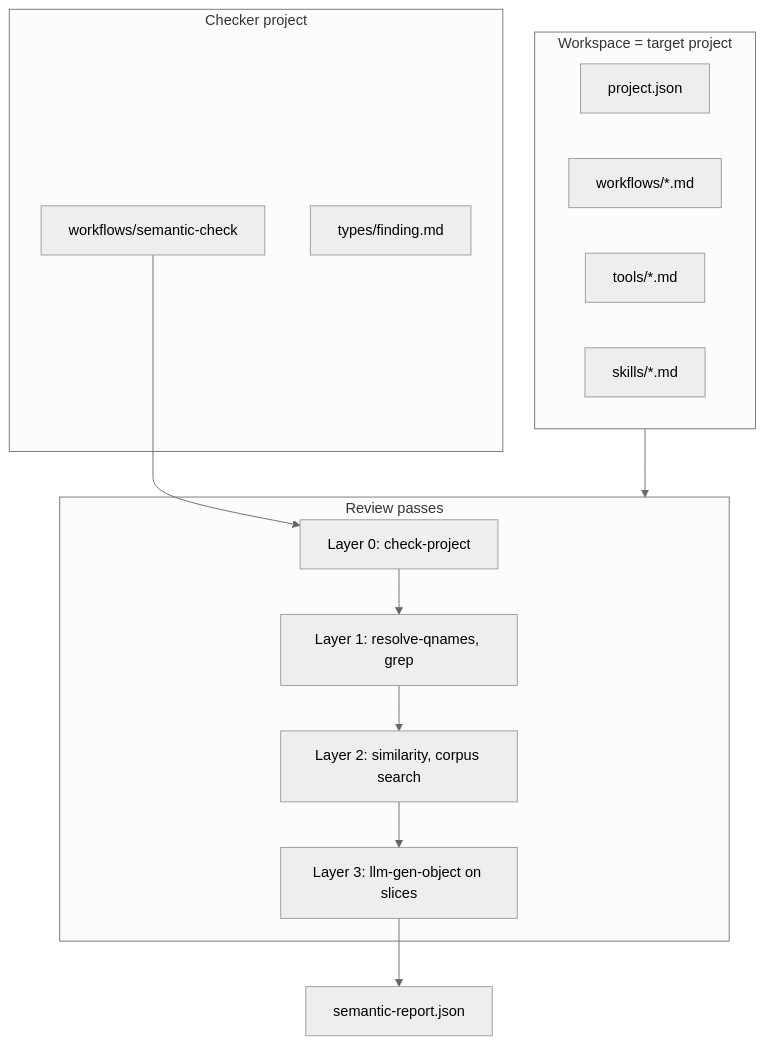
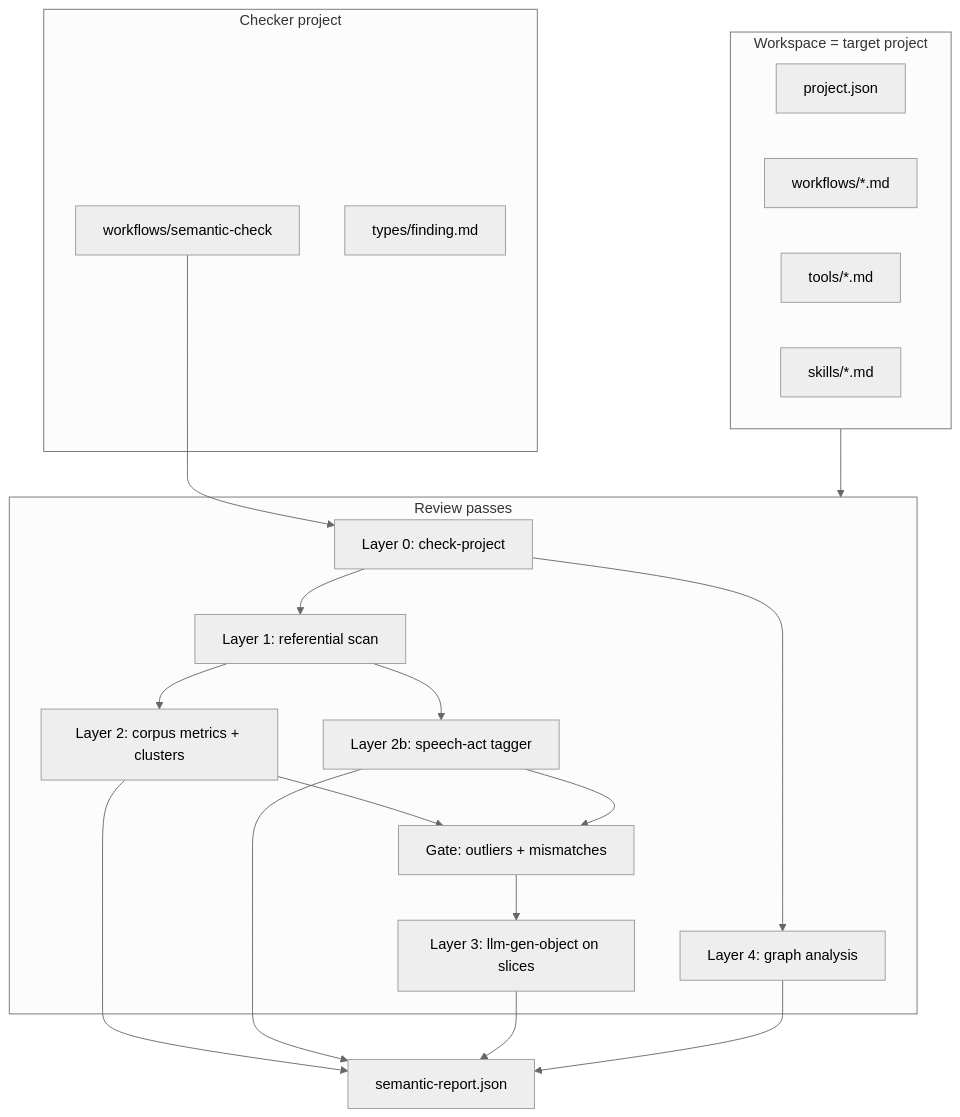
Before and after one commit to aische/hwfi: the diagram in docs/semantic-check-design.md, drawn with Mermaid (neutral theme). The commit also changed other lines of this file and 6 other files, not shown here.

````diff
--- a/docs/semantic-check-design.md
+++ b/docs/semantic-check-design.md
@@ -49,28 +52,38 @@
 ```mermaid
 flowchart TB
   subgraph checker [Checker project]
     WF["workflows/semantic-check"]
     SCH["types/finding.md"]
   end
 
   subgraph target [Workspace = target project]
     P["project.json"]
     W["workflows/*.md"]
     T["tools/*.md"]
     S["skills/*.md"]
   end
 
   subgraph passes [Review passes]
     L0["Layer 0: check-project"]
-    L1["Layer 1: resolve-qnames, grep"]
-    L2["Layer 2: similarity, corpus search"]
+    L1["Layer 1: referential scan"]
+    L2["Layer 2: corpus metrics + clusters"]
+    L2b["Layer 2b: speech-act tagger"]
+    GATE["Gate: outliers + mismatches"]
     L3["Layer 3: llm-gen-object on slices"]
+    L4["Layer 4: graph analysis"]
   end
 
   WF --> L0
   L0 --> L1
   L1 --> L2
-  L2 --> L3
-  L3 --> OUT["semantic-report.json"]
+  L1 --> L2b
+  L0 --> L4
+  L2 --> GATE
+  L2b --> GATE
+  GATE --> L3
+  L2 --> OUT["semantic-report.json"]
+  L2b --> OUT
+  L3 --> OUT
+  L4 --> OUT
   target --> passes
 ```
````
